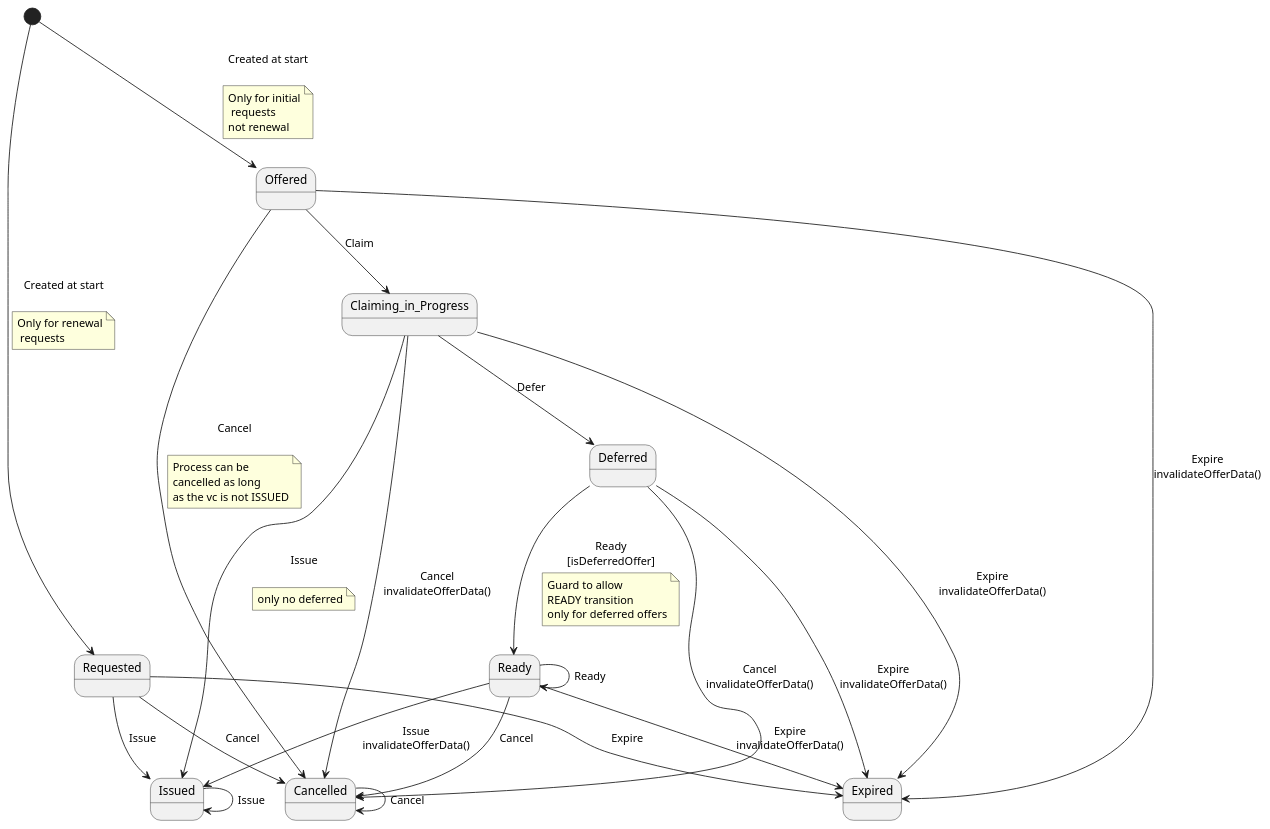
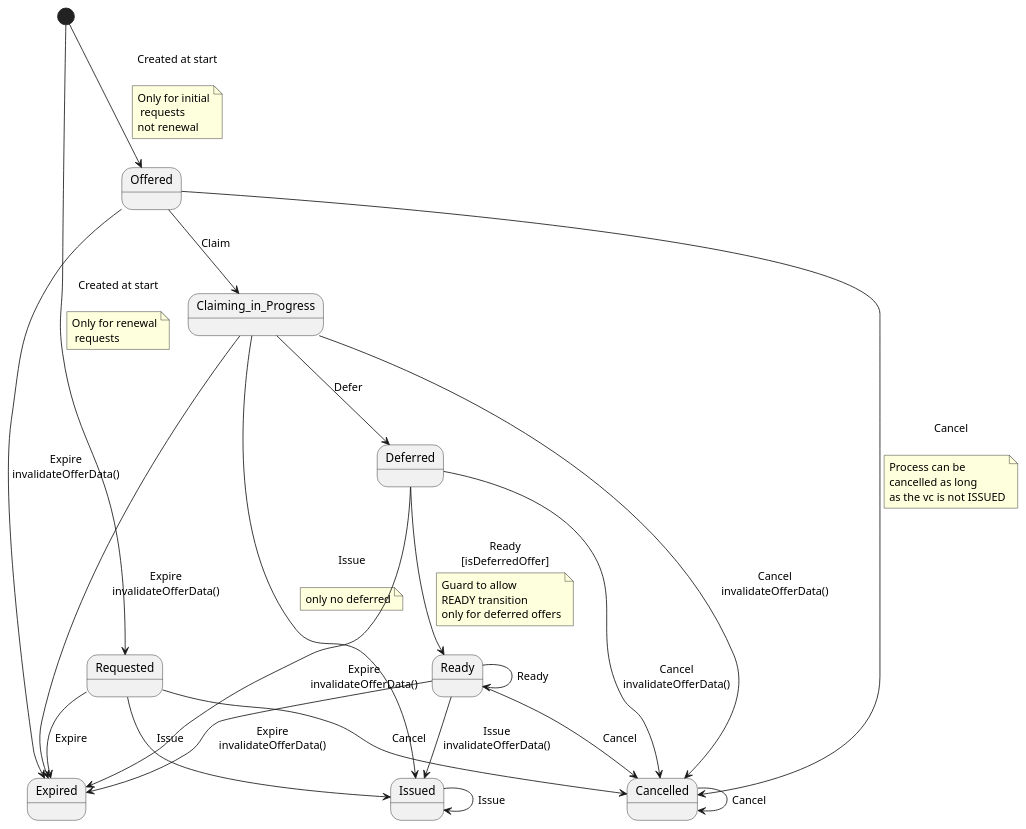
One commit to swiyu-admin-ch/swiyu-issuer changed the diagram in issuer-service/src/main/resources/plantuml/credentialOfferStateMachine.puml. Above: the diagram before and after it, drawn with PlantUML. The commit also changed other lines of this file and 3 other files, not shown here.

```diff
--- a/issuer-service/src/main/resources/plantuml/credentialOfferStateMachine.puml
+++ b/issuer-service/src/main/resources/plantuml/credentialOfferStateMachine.puml
@@ -1,58 +1,58 @@
 @startuml
+state Offered
 state Deferred
-state Expired
-state Requested
-state Ready
 state Claiming_in_Progress
 state Issued
+state Requested
+state Expired
+state Ready
 state Cancelled
-state Offered
 [*] --> Offered : Created at start\n
 note on link
 Only for initial
  requests
 not renewal
 end note
 
 [*] --> Requested : Created at start\n
 note on link
 Only for renewal
  requests
 end note
 
 Requested --> Issued : Issue
 Requested --> Cancelled : Cancel
 Requested --> Expired : Expire
 Offered --> Cancelled : Cancel\n
 note on link
 Process can be
 cancelled as long
 as the vc is not ISSUED
 end note
 
 Offered --> Expired : Expire\ninvalidateOfferData()
 Offered --> Claiming_in_Progress : Claim
 Claiming_in_Progress --> Expired : Expire\ninvalidateOfferData()
 Claiming_in_Progress --> Deferred : Defer
 Claiming_in_Progress --> Issued : Issue\n
 note on link
 only no deferred
 end note
 
 Claiming_in_Progress --> Cancelled : Cancel\ninvalidateOfferData()
 Deferred --> Ready : Ready\n[isDeferredOffer]
 note on link
 Guard to allow
 READY transition
 only for deferred offers
 end note
 
 Deferred --> Expired : Expire\ninvalidateOfferData()
 Deferred --> Cancelled : Cancel\ninvalidateOfferData()
 Ready --> Issued : Issue\ninvalidateOfferData()
 Ready --> Expired : Expire\ninvalidateOfferData()
 Ready --> Cancelled : Cancel
 Ready --> Ready : Ready
 Issued --> Issued : Issue
 Cancelled --> Cancelled : Cancel
 @enduml
```
